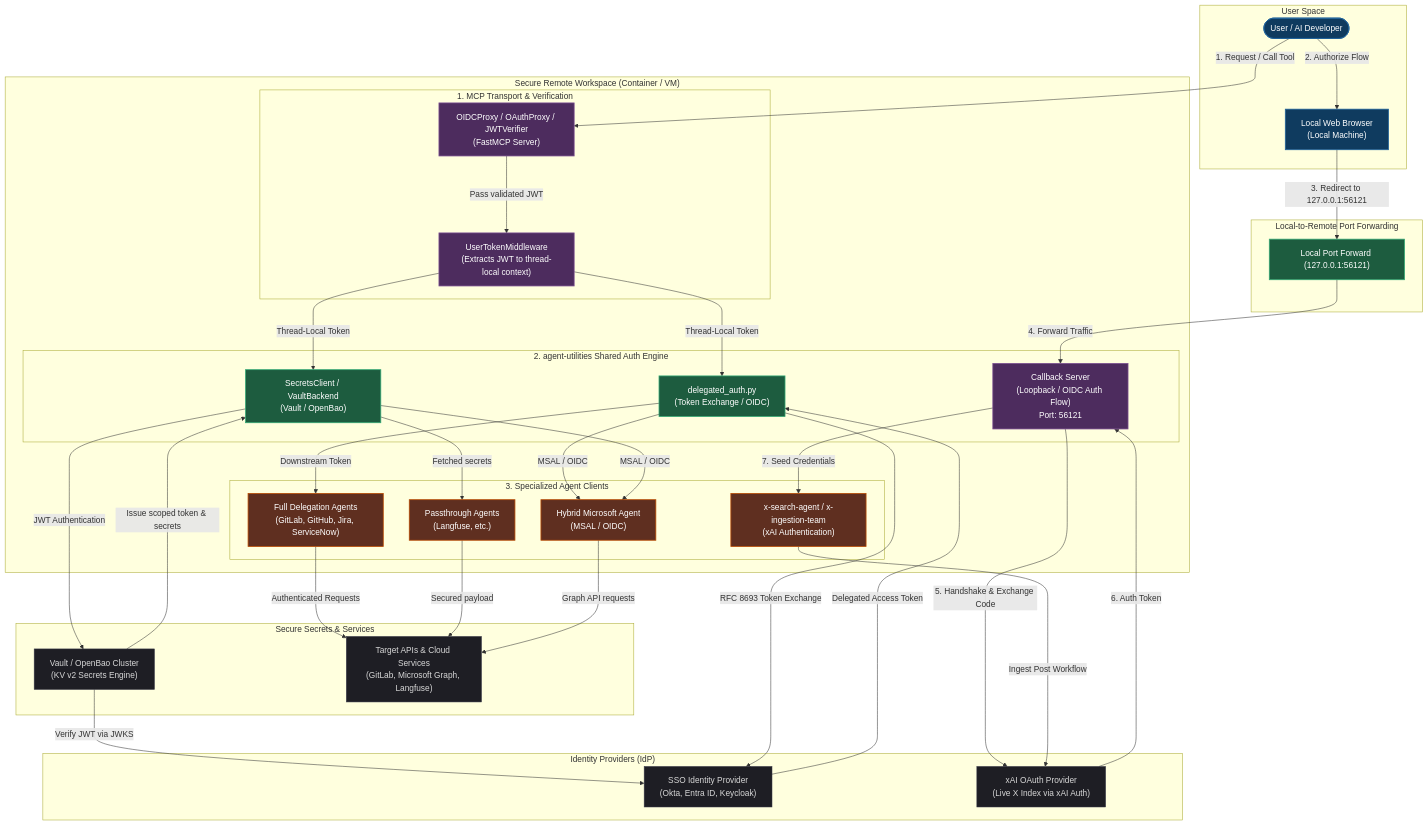
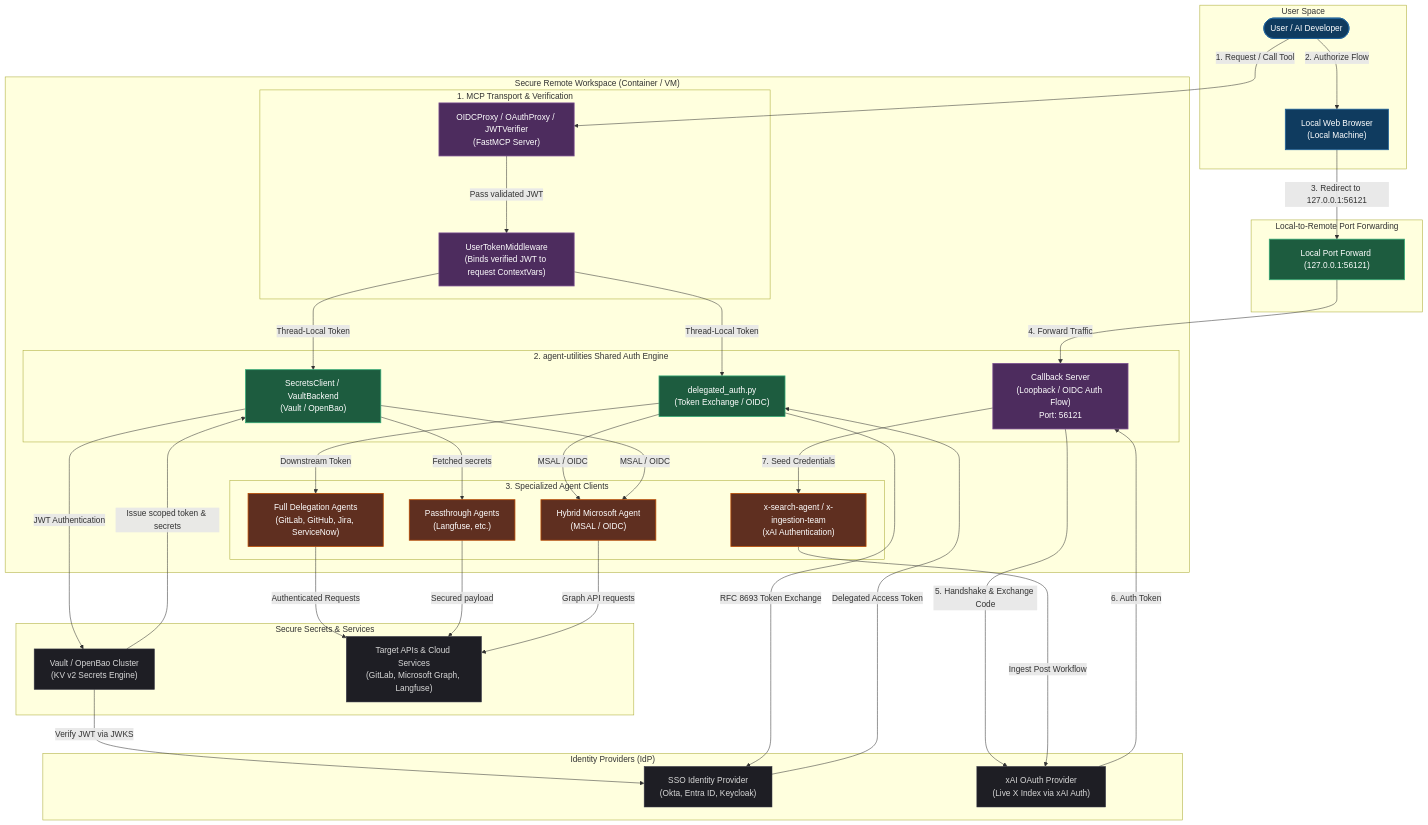
Before and after one commit to Knuckles-Team/agent-utilities: the fourth of 4 diagrams in docs/guides/oauth_sso.md, drawn with Mermaid. The commit also changed other lines of this file and 3818 other files, not shown here.

```diff
--- a/docs/guides/oauth_sso.md
+++ b/docs/guides/oauth_sso.md
@@ -573,7 +564,7 @@
     subgraph AgentWorkspace ["Secure Remote Workspace (Container / VM)"]
         subgraph MCP_Layer ["1. MCP Transport & Verification"]
             Proxy["OIDCProxy / OAuthProxy / JWTVerifier<br/>(FastMCP Server)"]
-            MW["UserTokenMiddleware<br/>(Extracts JWT to thread-local context)"]
+            MW["UserTokenMiddleware<br/>(Binds verified JWT to request ContextVars)"]
         end
 
         subgraph AuthCore ["2. agent-utilities Shared Auth Engine"]
```
